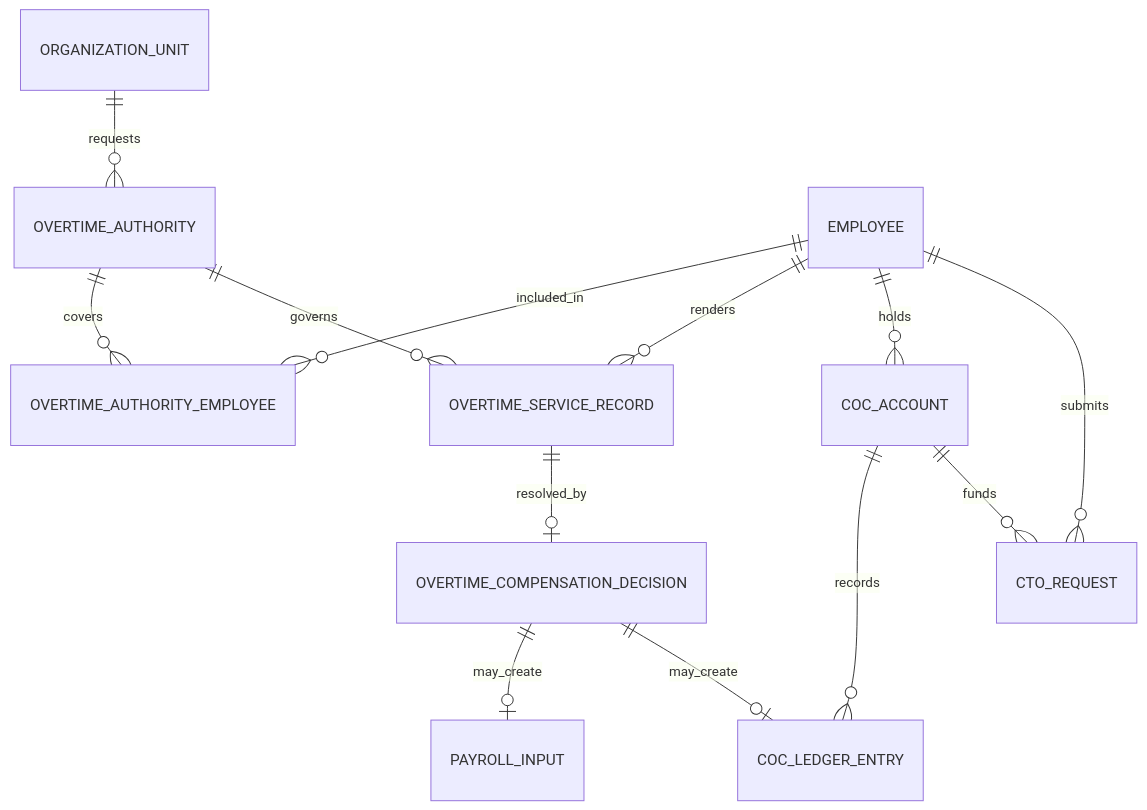
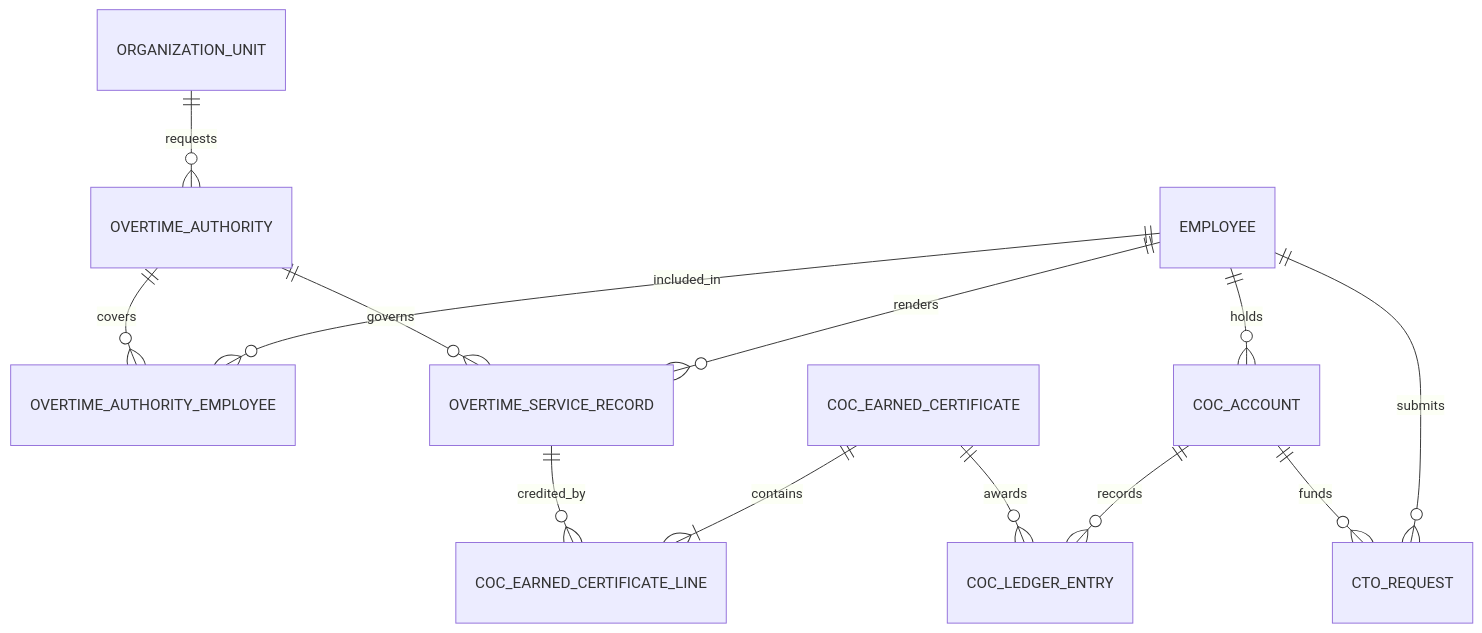
Before and after one commit to systemeror12/lingkod-hr: the ninth of 13 diagrams in docs/conceptual-erd.md, drawn with Mermaid. The commit also changed other lines of this file and 8 other files, not shown here.

First line of the commit message:
Decide the overtime authority, service, and COC award contracts (#317)

````diff
--- a/docs/conceptual-erd.md
+++ b/docs/conceptual-erd.md
@@ -525,18 +525,17 @@
 ```mermaid
 erDiagram
     ORGANIZATION_UNIT ||--o{ OVERTIME_AUTHORITY : requests
     OVERTIME_AUTHORITY ||--o{ OVERTIME_AUTHORITY_EMPLOYEE : covers
     EMPLOYEE ||--o{ OVERTIME_AUTHORITY_EMPLOYEE : included_in
 
     OVERTIME_AUTHORITY ||--o{ OVERTIME_SERVICE_RECORD : governs
     EMPLOYEE ||--o{ OVERTIME_SERVICE_RECORD : renders
-    OVERTIME_SERVICE_RECORD ||--o| OVERTIME_COMPENSATION_DECISION : resolved_by
-
-    OVERTIME_COMPENSATION_DECISION ||--o| PAYROLL_INPUT : may_create
-    OVERTIME_COMPENSATION_DECISION ||--o| COC_LEDGER_ENTRY : may_create
+    OVERTIME_SERVICE_RECORD ||--o{ COC_EARNED_CERTIFICATE_LINE : credited_by
+    COC_EARNED_CERTIFICATE ||--|{ COC_EARNED_CERTIFICATE_LINE : contains
+    COC_EARNED_CERTIFICATE ||--o{ COC_LEDGER_ENTRY : awards
 
     EMPLOYEE ||--o{ COC_ACCOUNT : holds
     COC_ACCOUNT ||--o{ COC_LEDGER_ENTRY : records
     COC_ACCOUNT ||--o{ CTO_REQUEST : funds
     EMPLOYEE ||--o{ CTO_REQUEST : submits
 ```
````
